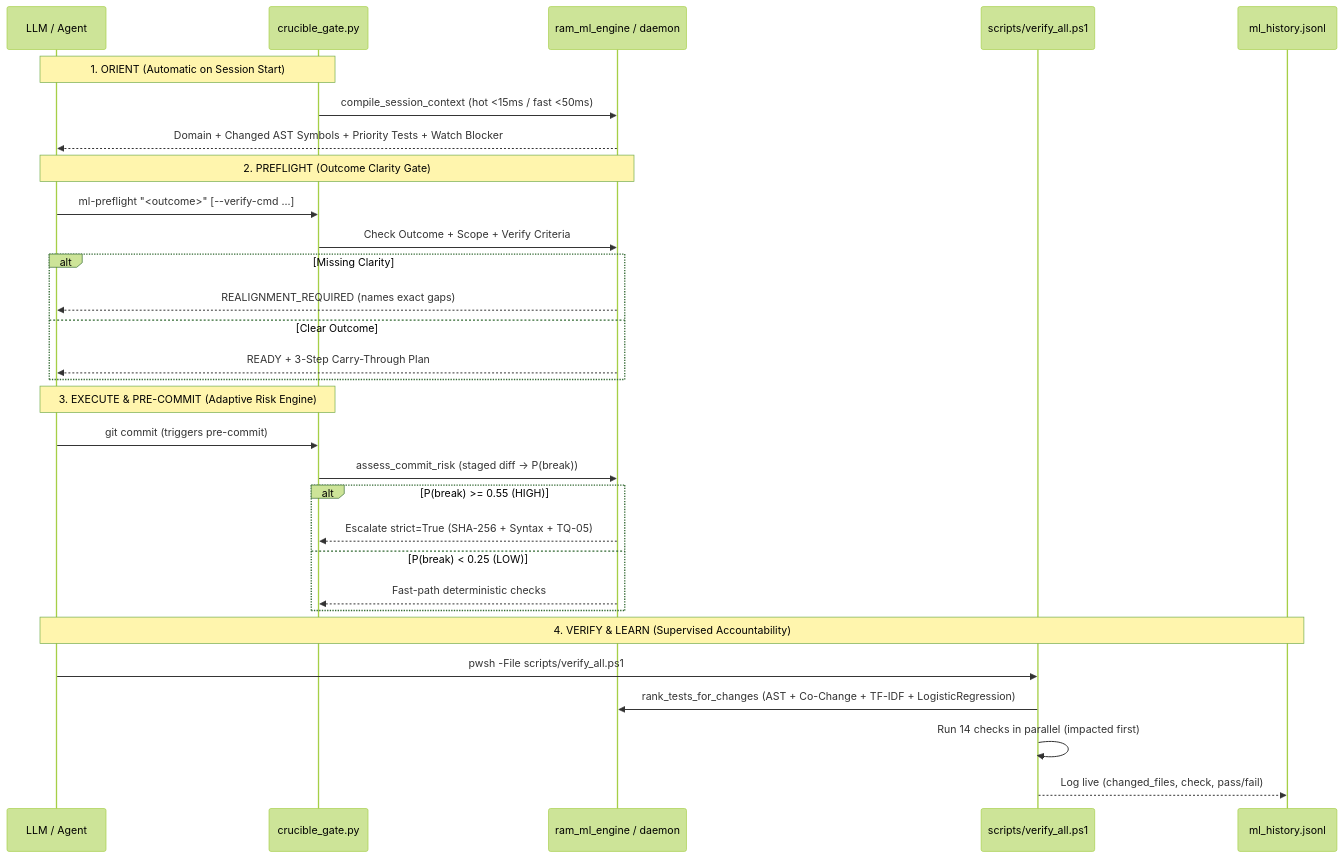
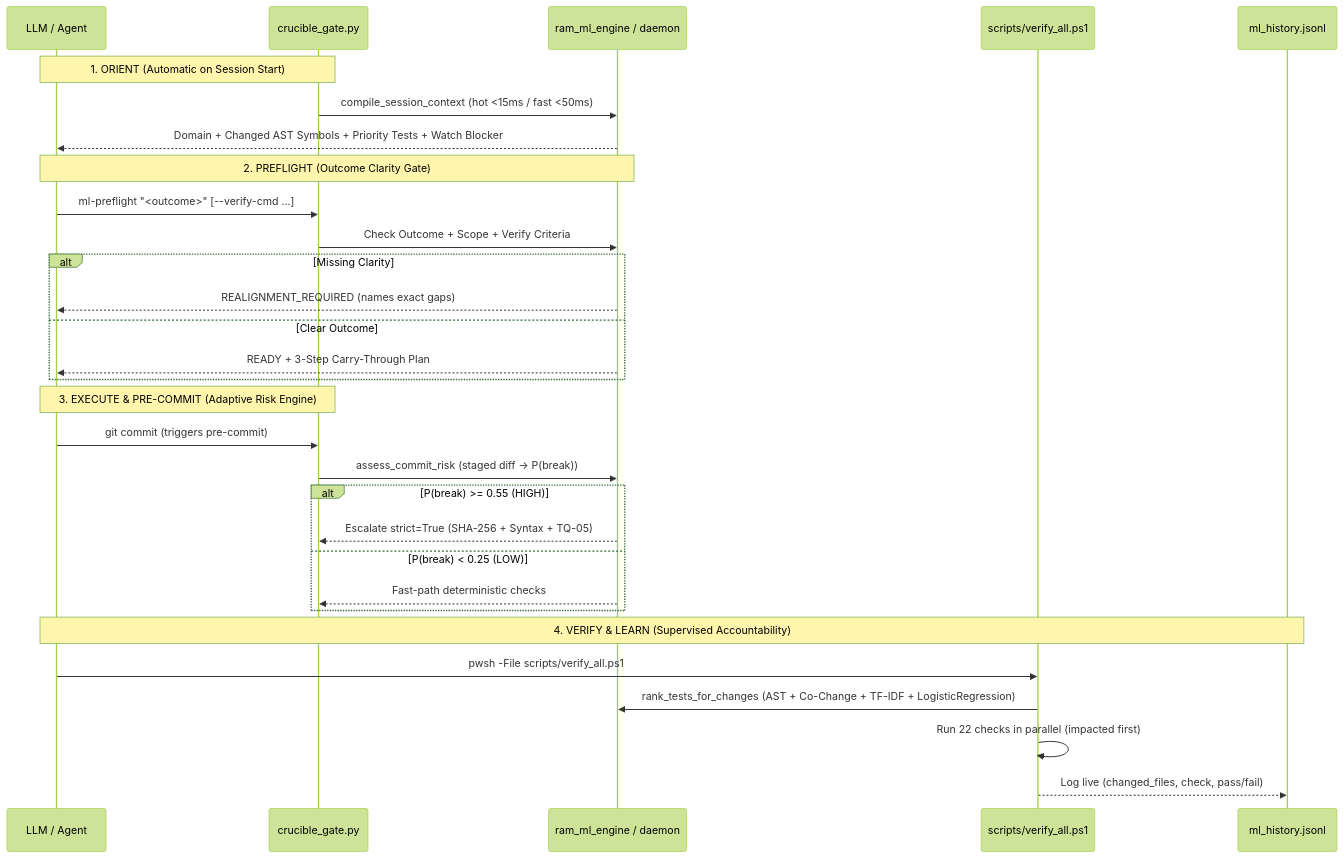
Before and after one commit to guarani-ux/Crucible-Domain: the second of 2 diagrams in Graphs/04_InRAM_ML_and_Control_Plane_Architecture.md, drawn with Mermaid (forest theme). The commit also changed other lines of this file and 18 other files, not shown here.

Commit message:
chore(clean-sweep): unify Turn-0 surface, canonical docs, Graphs 00-04, and portable capability_map

````diff
--- a/Graphs/04_InRAM_ML_and_Control_Plane_Architecture.md
+++ b/Graphs/04_InRAM_ML_and_Control_Plane_Architecture.md
@@ -56,36 +56,36 @@
 ```mermaid
 sequenceDiagram
     participant Agent as LLM / Agent
     participant Gate as crucible_gate.py
     participant ML as ram_ml_engine / daemon
     participant Verify as scripts/verify_all.ps1
     participant Ledger as ml_history.jsonl
 
     Note over Agent,Gate: 1. ORIENT (Automatic on Session Start)
     Gate->>ML: compile_session_context (hot <15ms / fast <50ms)
     ML-->>Agent: Domain + Changed AST Symbols + Priority Tests + Watch Blocker
 
     Note over Agent,ML: 2. PREFLIGHT (Outcome Clarity Gate)
     Agent->>Gate: ml-preflight "<outcome>" [--verify-cmd ...]
     Gate->>ML: Check Outcome + Scope + Verify Criteria
     alt Missing Clarity
         ML-->>Agent: REALIGNMENT_REQUIRED (names exact gaps)
     else Clear Outcome
         ML-->>Agent: READY + 3-Step Carry-Through Plan
     end
 
     Note over Agent,Gate: 3. EXECUTE & PRE-COMMIT (Adaptive Risk Engine)
     Agent->>Gate: git commit (triggers pre-commit)
     Gate->>ML: assess_commit_risk (staged diff -> P(break))
     alt P(break) >= 0.55 (HIGH)
         ML-->>Gate: Escalate strict=True (SHA-256 + Syntax + TQ-05)
     else P(break) < 0.25 (LOW)
         ML-->>Gate: Fast-path deterministic checks
     end
 
     Note over Agent,Ledger: 4. VERIFY & LEARN (Supervised Accountability)
     Agent->>Verify: pwsh -File scripts/verify_all.ps1
     Verify->>ML: rank_tests_for_changes (AST + Co-Change + TF-IDF + LogisticRegression)
-    Verify->>Verify: Run 14 checks in parallel (impacted first)
+    Verify->>Verify: Run 22 checks in parallel (impacted first)
     Verify-->>Ledger: Log live (changed_files, check, pass/fail)
 ```
````
